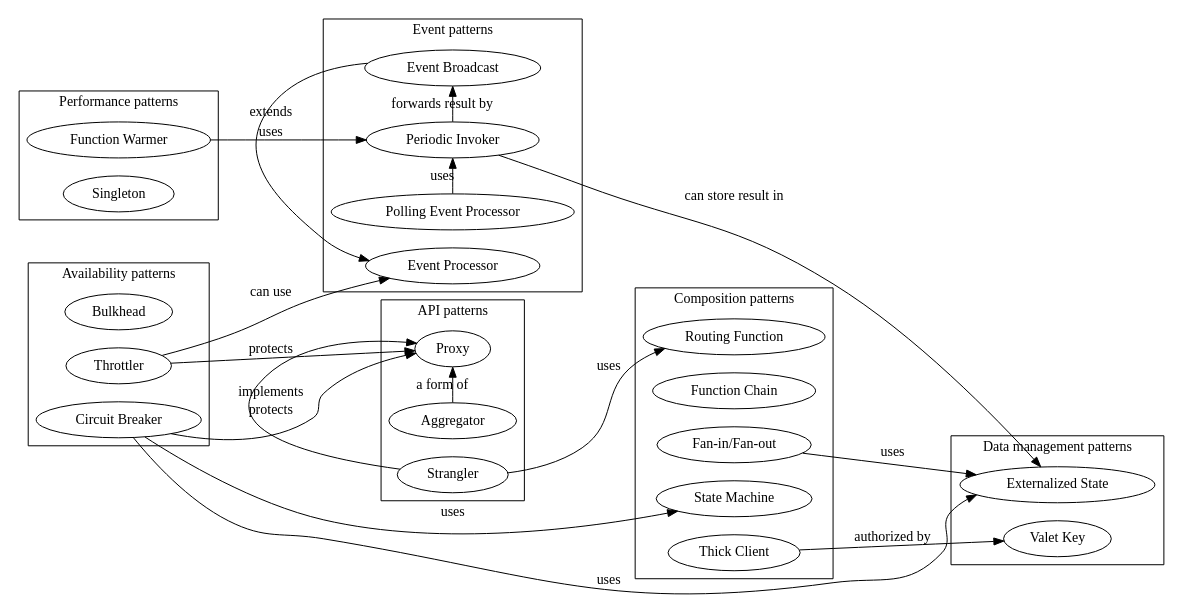
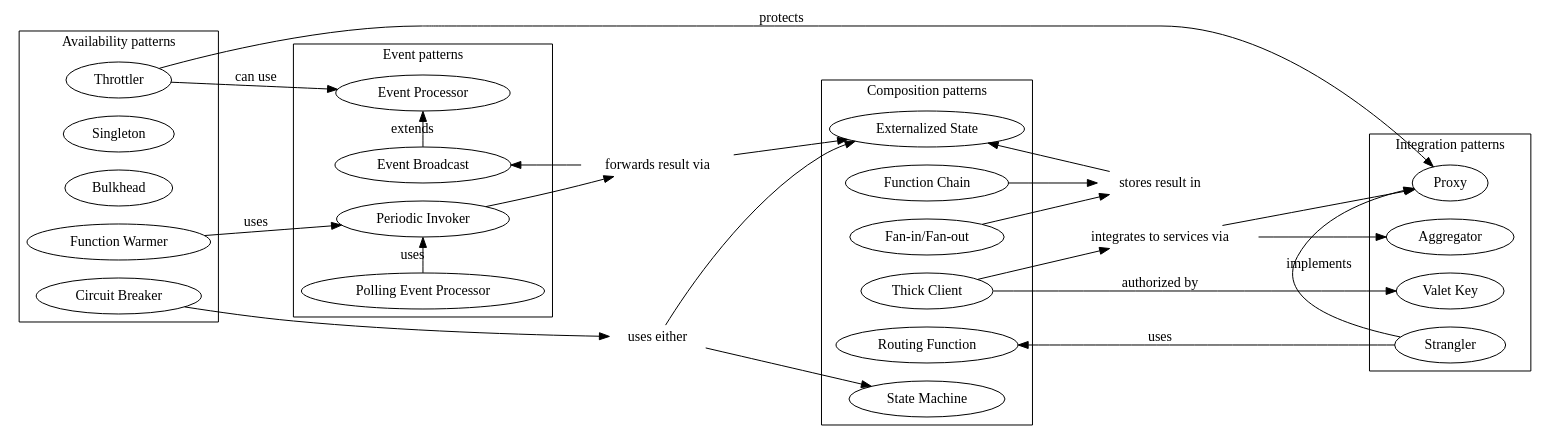
Before and after one commit to epiphone/gradu: the diagram in src/pattern-language.dot, drawn with Graphviz. The commit also changed 3 other files, not shown here.

```diff
--- a/src/pattern-language.dot
+++ b/src/pattern-language.dot
@@ -1,70 +1,75 @@
 digraph g{
   rankdir="LR"
   newrank="true"
+  // splines="polyline"
 
   subgraph cluster_composition {
     label="Composition patterns"
     rank="same"
     "Routing Function";
     "Function Chain";
     "Fan-in/Fan-out";
     "State Machine";
     "Thick Client";
+    "Externalized State";
   }
-  // "Routing Function" -> "Externalized State" [label="can store configuration in"];
-  // "Function Chain" -> "Externalized State" [label="stores result in"];
-  "Fan-in/Fan-out" -> "Externalized State" [label="uses"];
+  joint3 [shape="none", label="stores result in", width=0, height=0]
+  "Function Chain" -> joint3; //[arrowhead="none"];
+  "Fan-in/Fan-out" -> joint3; // [arrowhead="none"];
+  joint3 -> "Externalized State";
+  // "Function Chain" -> "Externalized State" [label="uses"];
+  // "Fan-in/Fan-out" -> "Externalized State" [label="uses"];
   "Thick Client" -> "Valet Key" [label="authorized by"];
+  // "Thick Client" -> "Proxy" [label="uses"];
+  joint4 [shape="none", label="integrates to services via", width=0, height=0]
+  "Thick Client" -> joint4; //[arrowhead="none"];
+  joint4 -> "Aggregator";
+  joint4 -> "Proxy";
 
   subgraph cluster_event {
     label="Event patterns"
     rank="same"
     "Event Processor";
     "Periodic Invoker";
     "Polling Event Processor";
     "Event Broadcast";
   }
-  "Periodic Invoker" -> "Externalized State" [label="can store result in"];
-  "Periodic Invoker" -> "Event Broadcast" [label="forwards result by"];
+  joint2 [shape="none", label="forwards result via", width=0, height=0]
+  "Periodic Invoker" -> joint2; // [arrowhead="none"];
+  joint2 -> "Externalized State";
+  joint2 -> "Event Broadcast";
+  // "Periodic Invoker" -> "Externalized State" [label="can store result in"];
+  // "Periodic Invoker" -> "Event Broadcast" [label="can forward result via"];
   "Polling Event Processor" -> "Periodic Invoker" [label="uses"];
   "Event Broadcast" -> "Event Processor" [label="extends"];
 
   subgraph cluster_api {
-    label="API patterns"
+    label="Integration patterns"
     rank="same"
     "Aggregator";
     "Proxy";
     "Strangler";
+    "Valet Key";
   }
-  "Aggregator" -> "Proxy" [label="a form of"];
   "Strangler" -> "Routing Function" [label="uses"];
   "Strangler" -> "Proxy" [label="implements"];
-
-  subgraph cluster_data {
-    label="Data management patterns"
-    rank="same"
-    "Externalized State";
-    "Valet Key";
-  }
-
-  subgraph cluster_performance {
-    label="Performance patterns"
-    rank="same"
-    "Function Warmer";
-    "Singleton";
-  }
-  "Function Warmer" -> "Periodic Invoker" [label="uses"];
 
   subgraph cluster_availability {
     label="Availability patterns"
     rank="same"
+    "Function Warmer";
+    "Singleton";
     "Bulkhead";
     "Throttler";
     "Circuit Breaker";
   }
+  "Function Warmer" -> "Periodic Invoker" [label="uses"];
   "Throttler" -> "Event Processor" [label="can use"];
   "Throttler" -> "Proxy" [label="protects"];
-  "Circuit Breaker" -> "State Machine" [label="uses"];
-  "Circuit Breaker" -> "Externalized State" [label="uses"];
-  "Circuit Breaker" -> "Proxy" [label="protects"];
+  joint1 [shape="none", label="uses either", width=0, height=0]
+  "Circuit Breaker" -> joint1; // [arrowhead="none"];
+  joint1 -> "State Machine";
+  joint1 -> "Externalized State";
+  // "Circuit Breaker" -> "State Machine" [label="uses"];
+  // "Circuit Breaker" -> "Externalized State" [label="uses"];
 }
```
